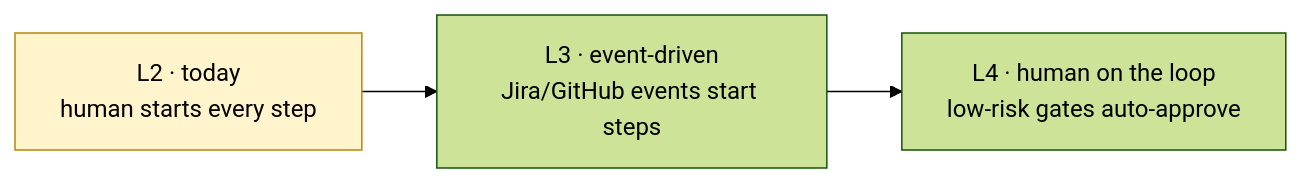
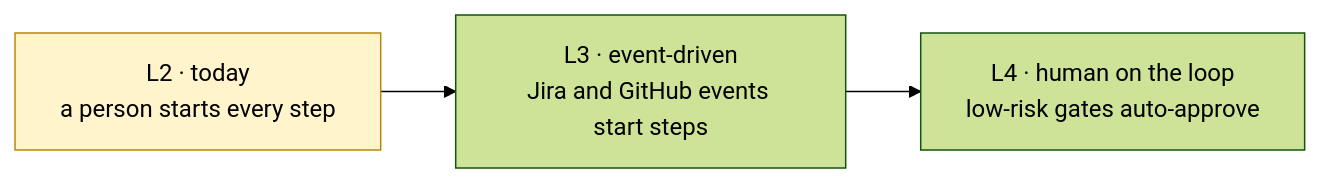
The third of 3 diagrams in docs/plans/aura-git-control-plane.md (HasithaErandika/aura), drawn with Mermaid (forest theme) before and after one commit. The commit also changed other lines of this file and 41 other files, not shown here.

First line of the commit message:
docs: describe the VS Code workflow, mark completed plans, rewrite the roadmap

````diff
--- a/docs/plans/aura-git-control-plane.md
+++ b/docs/plans/aura-git-control-plane.md
@@ -105,6 +151,6 @@
 ```mermaid
 flowchart LR
-    L2["L2 · today<br/>human starts every step"]:::now --> L3["L3 · event-driven<br/>Jira/GitHub events start steps"]
+    L2["L2 · today<br/>a person starts every step"]:::now --> L3["L3 · event-driven<br/>Jira and GitHub events start steps"]
     L3 --> L4["L4 · human on the loop<br/>low-risk gates auto-approve"]
     classDef now fill:#fff4cc,stroke:#b8860b,color:#000
 ```
````
